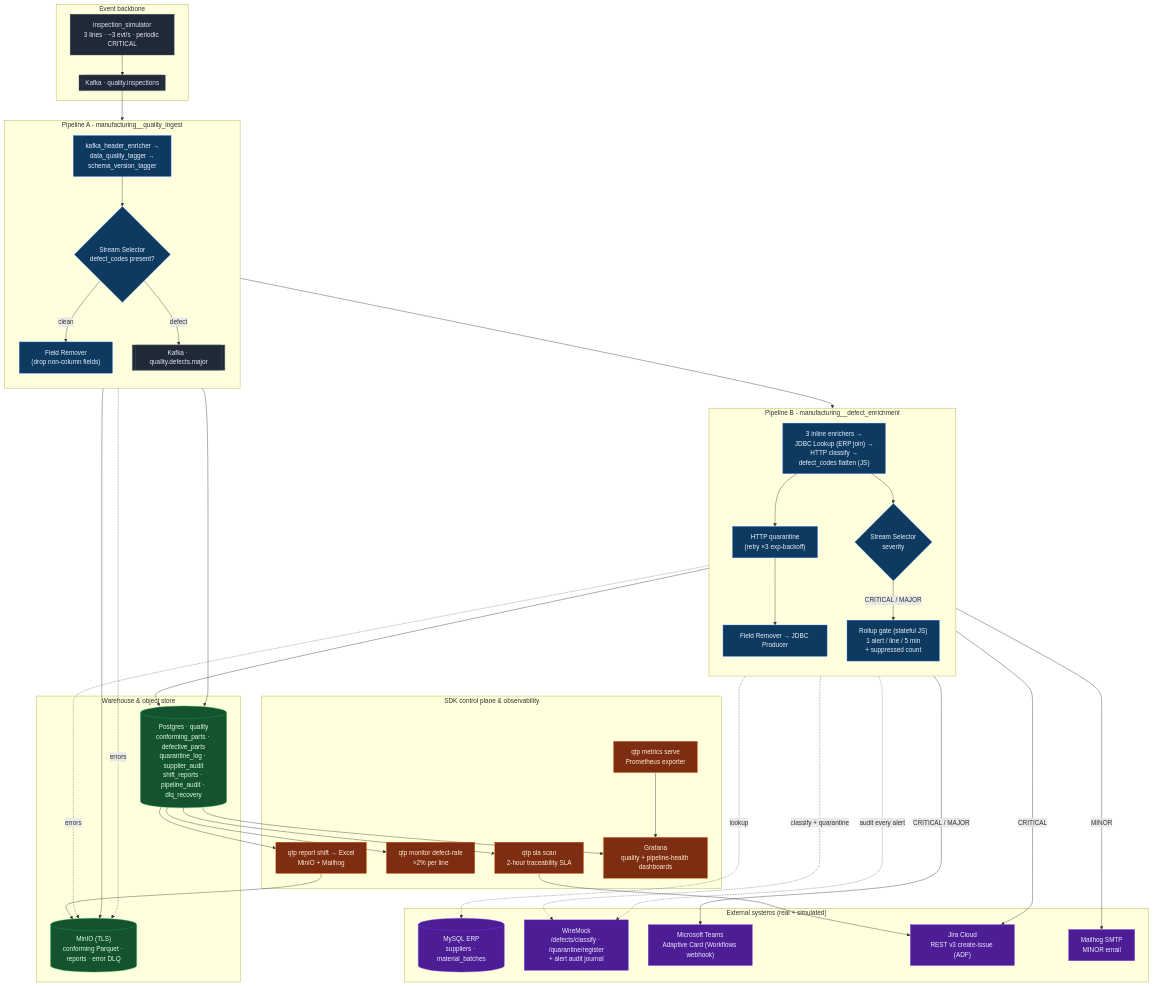
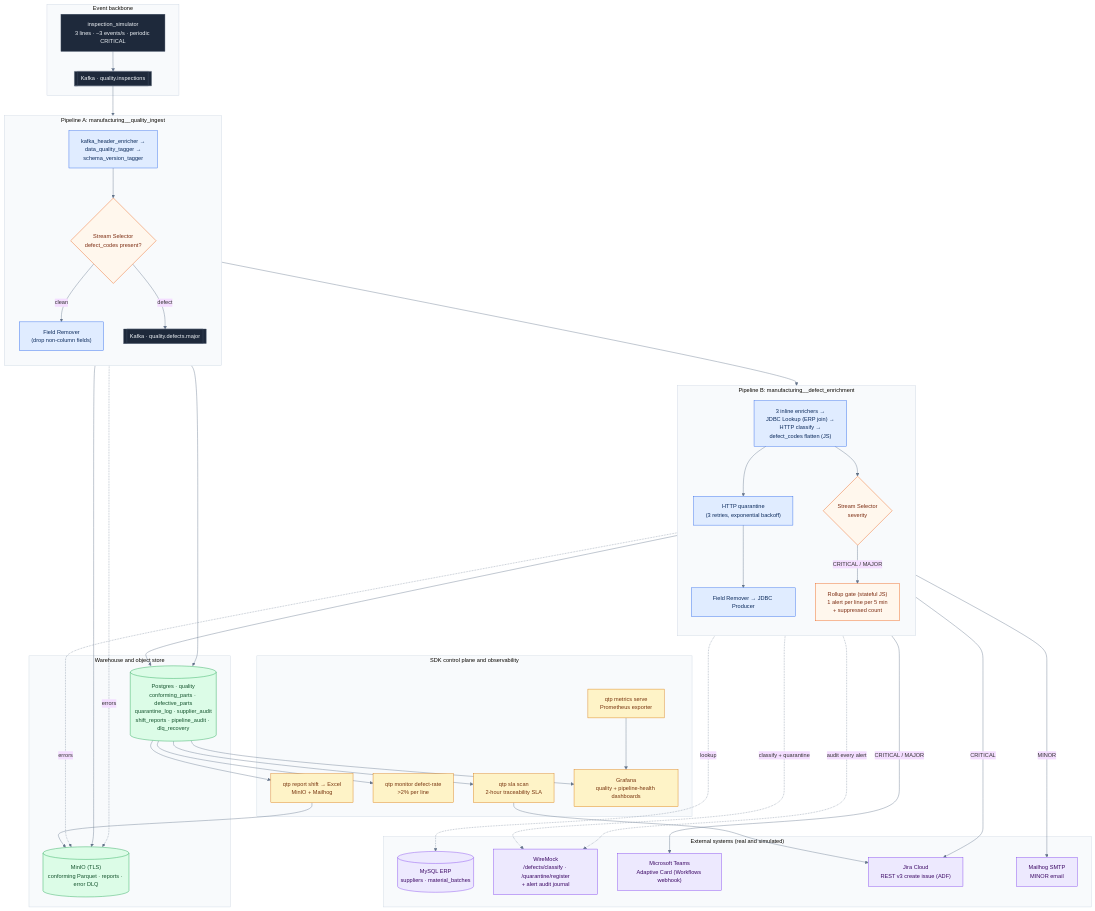
One commit to eman-fj/quality-traceability-platform changed the diagram in diagrams/architecture.md. Above: the diagram before and after it, drawn with Mermaid. The commit also changed other lines of this file and 16 other files, not shown here.

Commit message:
docs: rewrite documentation and add slide-ready architecture overview

````diff
--- a/diagrams/architecture.md
+++ b/diagrams/architecture.md
@@ -13,72 +15,74 @@
 ```mermaid
+%%{init: {"theme": "base", "themeVariables": {"fontFamily": "Segoe UI, Helvetica, Arial, sans-serif", "fontSize": "14px", "lineColor": "#64748b", "clusterBkg": "#f8fafc", "clusterBorder": "#cbd5e1"}}}%%
 flowchart TB
-    classDef src fill:#1f2937,stroke:#4b5563,color:#e5e7eb
-    classDef sdc fill:#0e3a5f,stroke:#2563eb,color:#e6f0ff
-    classDef store fill:#14532d,stroke:#16a34a,color:#dcfce7
-    classDef ext fill:#4c1d95,stroke:#7c3aed,color:#ede9fe
-    classDef obs fill:#7c2d12,stroke:#ea580c,color:#ffedd5
+    classDef src fill:#1e293b,stroke:#475569,color:#f1f5f9
+    classDef sdc fill:#e0ecff,stroke:#2563eb,color:#0b2a5b
+    classDef gate fill:#fff7ed,stroke:#ea580c,color:#7c2d12
+    classDef store fill:#dcfce7,stroke:#16a34a,color:#14532d
+    classDef ext fill:#ede9fe,stroke:#7c3aed,color:#3b0764
+    classDef obs fill:#fef3c7,stroke:#d97706,color:#78350f
 
     subgraph SRC["Event backbone"]
-        SIM["inspection_simulator<br/>3 lines · ~3 evt/s · periodic CRITICAL"]:::src
+        SIM["inspection_simulator<br/>3 lines · ~3 events/s · periodic CRITICAL"]:::src
         K1[["Kafka · quality.inspections"]]:::src
         SIM --> K1
     end
 
-    subgraph P1["Pipeline A - manufacturing__quality_ingest"]
+    subgraph P1["Pipeline A: manufacturing__quality_ingest"]
         direction TB
         A_ENR["kafka_header_enricher →<br/>data_quality_tagger →<br/>schema_version_tagger"]:::sdc
-        A_SEL{"Stream Selector<br/>defect_codes present?"}:::sdc
+        A_SEL{"Stream Selector<br/>defect_codes present?"}:::gate
         A_FR["Field Remover<br/>(drop non-column fields)"]:::sdc
         K1 --> A_ENR --> A_SEL
         A_SEL -->|clean| A_FR
         A_SEL -->|defect| K2[["Kafka · quality.defects.major"]]:::src
     end
 
-    subgraph P2["Pipeline B - manufacturing__defect_enrichment"]
+    subgraph P2["Pipeline B: manufacturing__defect_enrichment"]
         direction TB
         B_ENR["3 inline enrichers →<br/>JDBC Lookup (ERP join) →<br/>HTTP classify →<br/>defect_codes flatten (JS)"]:::sdc
-        B_Q["HTTP quarantine<br/>(retry ×3 exp-backoff)"]:::sdc
-        B_ASEL{"Stream Selector<br/>severity"}:::sdc
-        B_GATE["Rollup gate (stateful JS)<br/>1 alert / line / 5 min<br/>+ suppressed count"]:::sdc
+        B_Q["HTTP quarantine<br/>(3 retries, exponential backoff)"]:::sdc
+        B_ASEL{"Stream Selector<br/>severity"}:::gate
+        B_GATE["Rollup gate (stateful JS)<br/>1 alert per line per 5 min<br/>+ suppressed count"]:::gate
         K2 --> B_ENR --> B_Q --> B_FR2["Field Remover → JDBC Producer"]:::sdc
         B_ENR --> B_ASEL
         B_ASEL -->|CRITICAL / MAJOR| B_GATE
     end
 
-    subgraph EXT["External systems (real + simulated)"]
+    subgraph EXT["External systems (real and simulated)"]
         ERP[("MySQL ERP<br/>suppliers · material_batches")]:::ext
         WM["WireMock<br/>/defects/classify · /quarantine/register<br/>+ alert audit journal"]:::ext
         TEAMS["Microsoft Teams<br/>Adaptive Card (Workflows webhook)"]:::ext
-        JIRA["Jira Cloud<br/>REST v3 create-issue (ADF)"]:::ext
+        JIRA["Jira Cloud<br/>REST v3 create issue (ADF)"]:::ext
         MAIL["Mailhog SMTP<br/>MINOR email"]:::ext
         B_ENR -.lookup.-> ERP
         B_ENR -.classify + quarantine.-> WM
         B_GATE -->|CRITICAL| JIRA
         B_GATE -->|CRITICAL / MAJOR| TEAMS
         B_ASEL -->|MINOR| MAIL
         B_GATE -.audit every alert.-> WM
     end
 
-    subgraph STORE["Warehouse & object store"]
+    subgraph STORE["Warehouse and object store"]
         PG[("Postgres · quality<br/>conforming_parts · defective_parts<br/>quarantine_log · supplier_audit<br/>shift_reports · pipeline_audit · dlq_recovery")]:::store
         MINIO[("MinIO (TLS)<br/>conforming Parquet · reports · error DLQ")]:::store
         A_FR --> PG
         A_FR --> MINIO
         B_FR2 --> PG
         A_ENR -. errors .-> MINIO
         B_ENR -. errors .-> MINIO
     end
 
-    subgraph OBS["SDK control plane & observability"]
+    subgraph OBS["SDK control plane and observability"]
         SLA["qtp sla scan<br/>2-hour traceability SLA"]:::obs
         MON["qtp monitor defect-rate<br/>>2% per line"]:::obs
         RPT["qtp report shift → Excel<br/>MinIO + Mailhog"]:::obs
         METRICS["qtp metrics serve<br/>Prometheus exporter"]:::obs
         GRAF["Grafana<br/>quality + pipeline-health dashboards"]:::obs
         PG --> SLA --> JIRA
         PG --> MON
         PG --> RPT --> MINIO
         METRICS --> GRAF
         PG --> GRAF
     end
 ```
````
